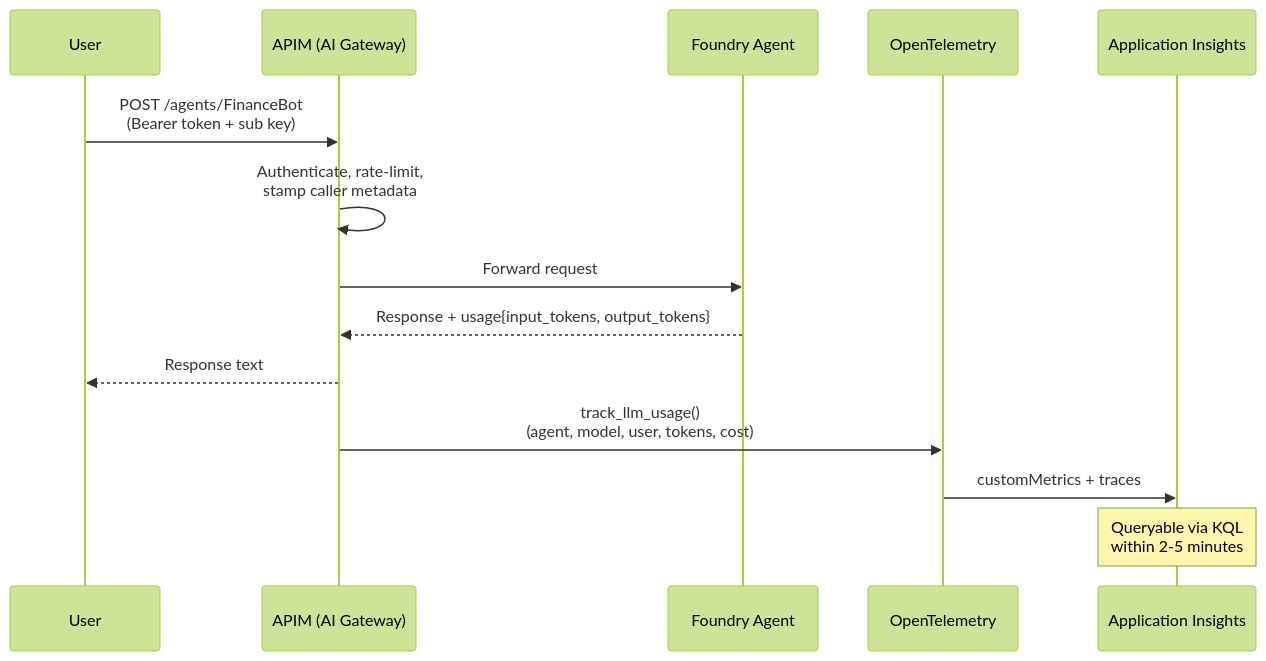
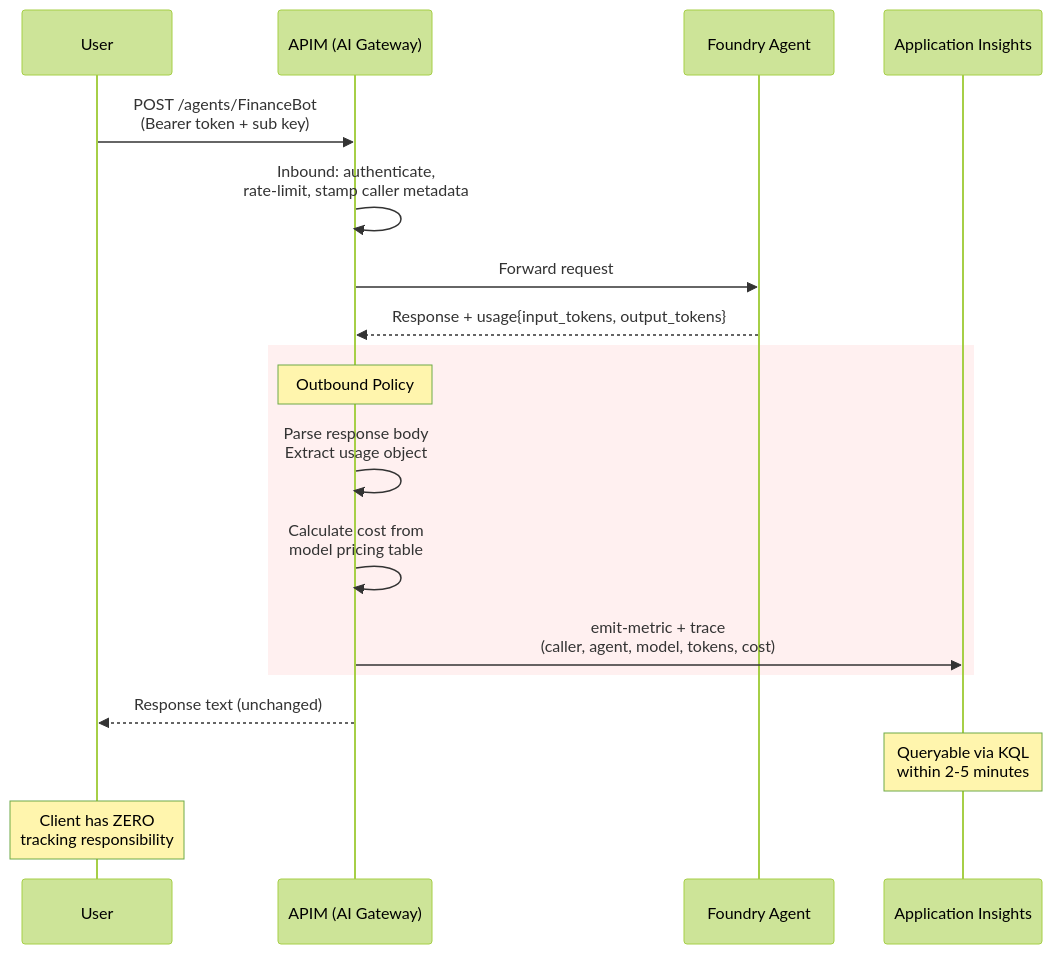
One commit to fredgis/fabric-foundry-kb changed the second of 2 diagrams in Foundry_Agent_Monitoring_APIM.md. Above: the diagram before and after it, drawn with Mermaid (forest theme). The commit also changed other lines of this file and 1 other file, not shown here.

First line of the commit message:
Refactor monitoring: server-side token extraction via APIM outbound policy

````diff
--- a/Foundry_Agent_Monitoring_APIM.md
+++ b/Foundry_Agent_Monitoring_APIM.md
@@ -85,19 +86,24 @@
 ```mermaid
 sequenceDiagram
     participant User
     participant APIM as APIM (AI Gateway)
     participant Agent as Foundry Agent
-    participant OTel as OpenTelemetry
     participant AppIns as Application Insights
 
     User->>APIM: POST /agents/FinanceBot<br/>(Bearer token + sub key)
-    APIM->>APIM: Authenticate, rate-limit,<br/>stamp caller metadata
+    APIM->>APIM: Inbound: authenticate,<br/>rate-limit, stamp caller metadata
     APIM->>Agent: Forward request
     Agent-->>APIM: Response + usage{input_tokens, output_tokens}
-    APIM-->>User: Response text
 
-    APIM->>OTel: track_llm_usage()<br/>(agent, model, user, tokens, cost)
-    OTel->>AppIns: customMetrics + traces
+    rect rgb(255, 240, 240)
+        Note over APIM: Outbound Policy
+        APIM->>APIM: Parse response body<br/>Extract usage object
+        APIM->>APIM: Calculate cost from<br/>model pricing table
+        APIM->>AppIns: emit-metric + trace<br/>(caller, agent, model, tokens, cost)
+    end
+
+    APIM-->>User: Response text (unchanged)
 
     Note over AppIns: Queryable via KQL<br/>within 2-5 minutes
+    Note over User: Client has ZERO<br/>tracking responsibility
 ```
````
